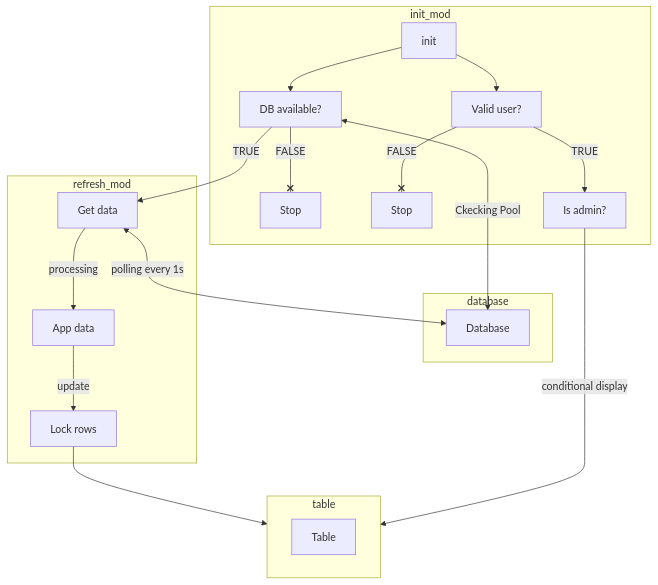
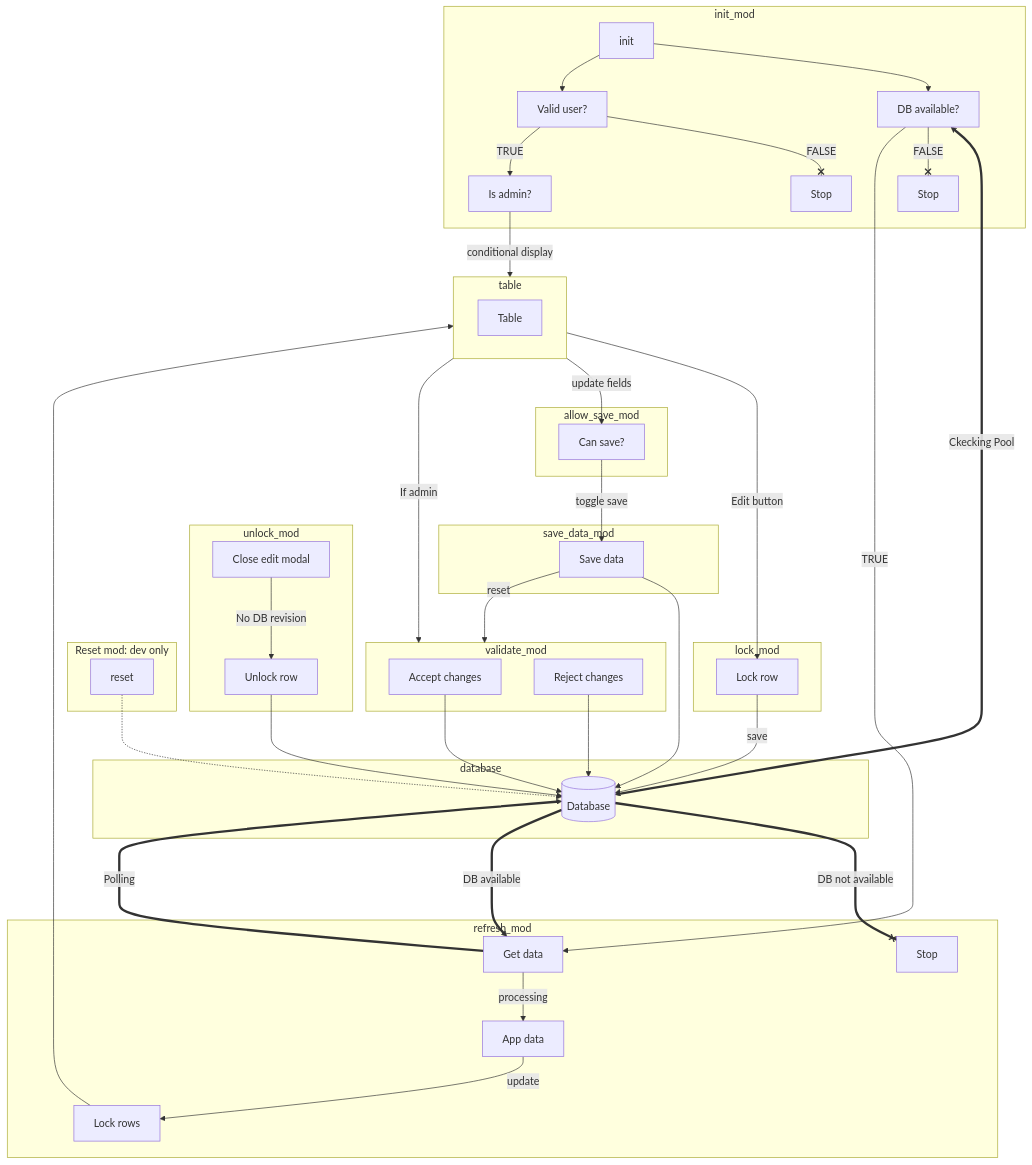
One commit to DivadNojnarg/shiny-edit-data changed the diagram in README.Rmd. Above: the diagram before and after it, drawn with Mermaid. The commit also changed 1 other file, not shown here.

Commit message:
update app flow diagram doc

````diff
--- a/README.Rmd
+++ b/README.Rmd
@@ -119,21 +119,48 @@
 ```mermaid
 graph TD;
     subgraph database
-    db[Database]
+    db[(Database)]
     end
     subgraph init_mod
-        init --> con_valid[DB available?] <--> |Ckecking Pool| db
+        init --> con_valid[DB available?] <==> |Ckecking Pool| db
         con_valid --x |FALSE| stop[Stop]
         init --> get_user[Valid user?] --x |FALSE| user_null[Stop]
         get_user --> |TRUE| is_admin[Is admin?]
     end
     subgraph refresh_mod
-        con_valid --> |TRUE| refresh_data[Get data] <--> |polling every 1s| db
+        con_valid --> |TRUE| refresh_data[Get data] ===> |Polling| db
+        db  ==x |DB not available| stop_refresh[Stop]
+        db ==> |DB available| refresh_data
         refresh_data --> |processing| process_data[App data] --> |update| lock_rows[Lock rows]
     end
     lock_rows --> table
     is_admin --> |conditional display| table
     subgraph table
         data_table[Table]
     end
+    table --> |Edit button| lock_row
+    subgraph lock_mod
+        lock_row[Lock row] --> |save| db
+    end
+    unlock_row --> db
+    subgraph unlock_mod
+        close_edit_modal[Close edit modal] --> |No DB revision| unlock_row[Unlock row]
+    end
+    table --> |update fields| can_save[Can save?]
+    subgraph allow_save_mod
+        can_save
+    end
+    can_save --> |toggle save| save_data
+    subgraph save_data_mod
+        save_data[Save data] --> db
+    end
+    subgraph reset_mod[Reset mod: dev only]
+        reset .-> db
+    end
+    table ---> |If admin| validate_mod
+    save_data --> |reset| validate_mod
+    subgraph validate_mod
+        accept[Accept changes] --> db
+        reject[Reject changes] --> db
+    end
 ```
````
